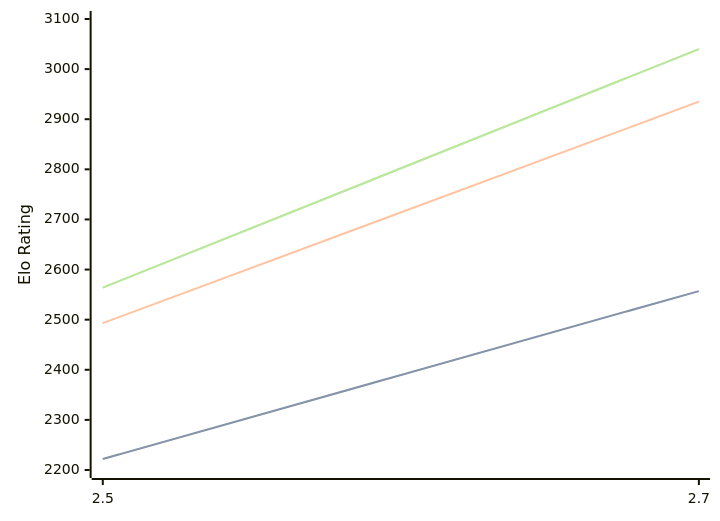
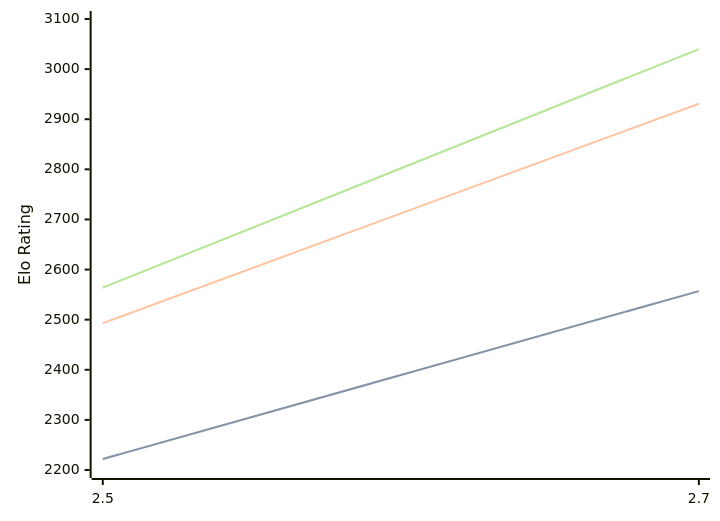
One commit to computer-chess-index/cci changed the diagram in engines/Zevra.md. Above: the diagram before and after it, drawn with Mermaid. The commit also changed other lines of this file, not shown here.

````diff
--- a/engines/Zevra.md
+++ b/engines/Zevra.md
@@ -32,11 +32,11 @@
 ```mermaid
 %%{init: {"theme":"base","themeVariables":{"seriesColors:['#a3a3a3','#222221','#faa371']}}}%%
 xychart-beta
   x-axis ["2.5", "2.7"]
   y-axis "Elo Rating" 2200 --> 3100
   line "" [2222, 2557]
   line "STC (8.0+0.08s)" [2222, 2557]
-  line "LTC (60.0+0.60s)" [2493, 2935]
+  line "LTC (60.0+0.60s)" [2493, 2931]
   line "" [2564, 3040]
   line "VLTC (2m24s+1.12s)" [2564, 3040]
 ```
````
